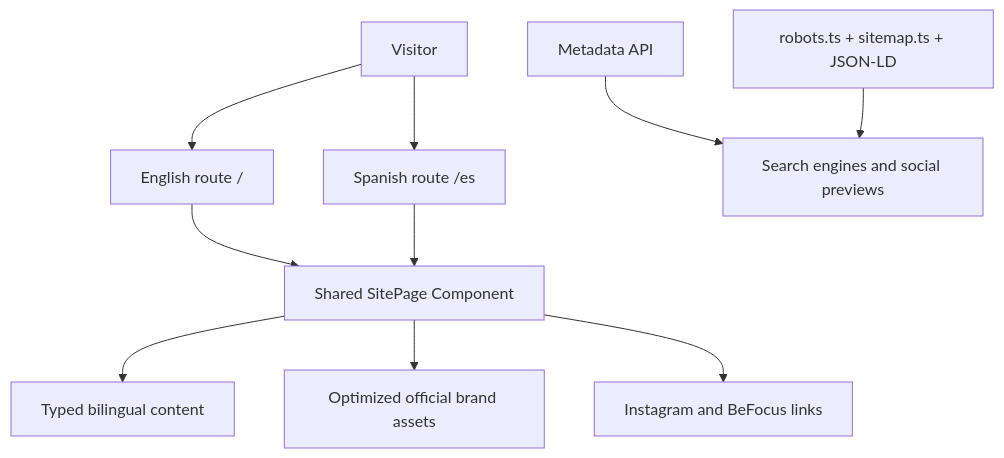
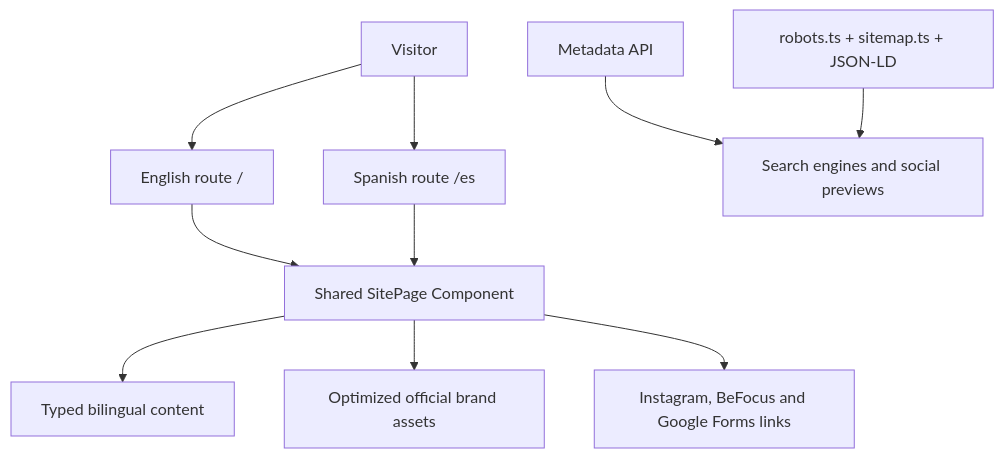
The diagram in docs/TECH_SPEC.md (JhonDavid930/NewTalenttWebsite), drawn with Mermaid before and after one commit. The commit also changed other lines of this file and 6 other files, not shown here.

Commit message:
feat: add selective project intake flow

````diff
--- a/docs/TECH_SPEC.md
+++ b/docs/TECH_SPEC.md
@@ -9,12 +9,12 @@
 ```mermaid
 flowchart TD
   Visitor["Visitor"] --> EN["English route /"]
   Visitor --> ES["Spanish route /es"]
   EN --> SitePage["Shared SitePage Component"]
   ES --> SitePage
   SitePage --> Content["Typed bilingual content"]
   SitePage --> Brand["Optimized official brand assets"]
-  SitePage --> External["Instagram and BeFocus links"]
+  SitePage --> External["Instagram, BeFocus and Google Forms links"]
   Metadata["Metadata API"] --> Search["Search engines and social previews"]
   SEO["robots.ts + sitemap.ts + JSON-LD"] --> Search
 ```
````
